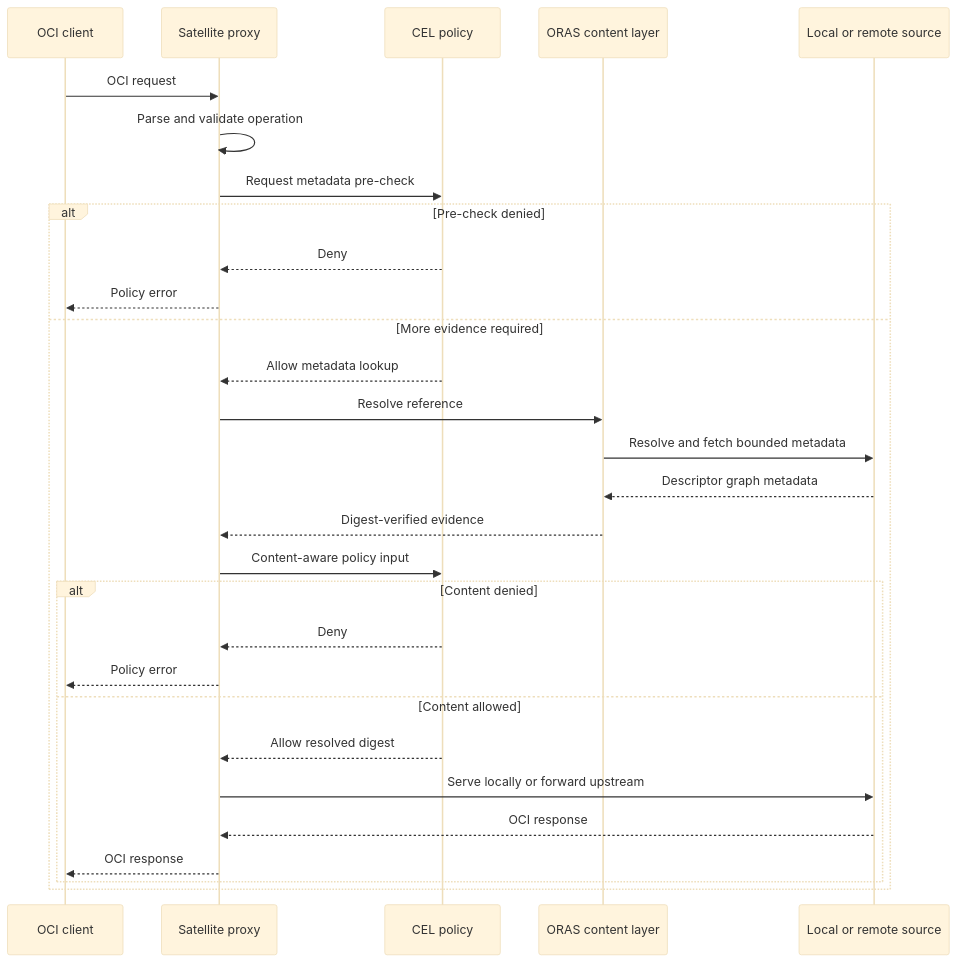
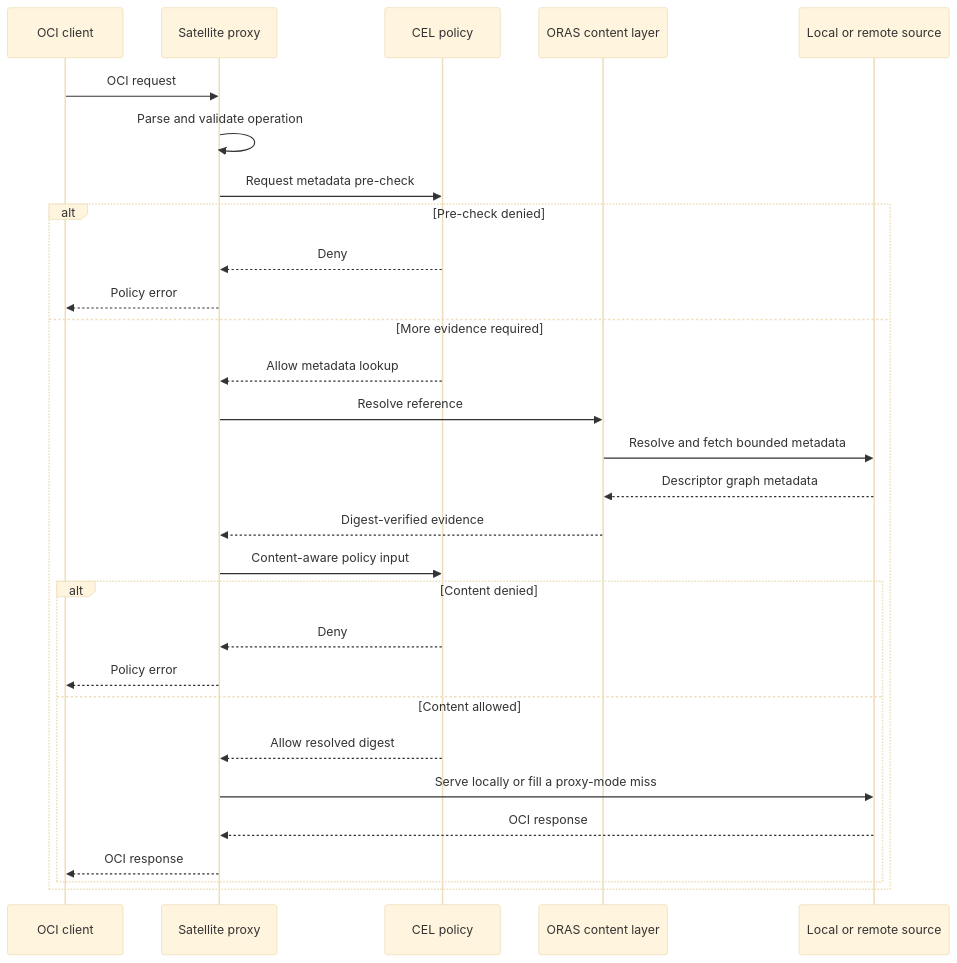
Before and after one commit to container-registry/harbor-satellite: the second of 2 diagrams in docs/decisions/0009-transparent-oci-registry-proxy.md, drawn with Mermaid (base theme). The commit also changed other lines of this file and 34 other files, not shown here.

````diff
--- a/docs/decisions/0009-transparent-oci-registry-proxy.md
+++ b/docs/decisions/0009-transparent-oci-registry-proxy.md
@@ -144,32 +148,32 @@
 ```mermaid
 sequenceDiagram
     participant C as OCI client
     participant S as Satellite proxy
     participant P as CEL policy
     participant O as ORAS content layer
     participant R as Local or remote source
 
     C->>S: OCI request
     S->>S: Parse and validate operation
     S->>P: Request metadata pre-check
     alt Pre-check denied
         P-->>S: Deny
         S-->>C: Policy error
     else More evidence required
         P-->>S: Allow metadata lookup
         S->>O: Resolve reference
         O->>R: Resolve and fetch bounded metadata
         R-->>O: Descriptor graph metadata
         O-->>S: Digest-verified evidence
         S->>P: Content-aware policy input
         alt Content denied
             P-->>S: Deny
             S-->>C: Policy error
         else Content allowed
             P-->>S: Allow resolved digest
-            S->>R: Serve locally or forward upstream
+            S->>R: Serve locally or fill a proxy-mode miss
             R-->>S: OCI response
             S-->>C: OCI response
         end
     end
 ```
````
